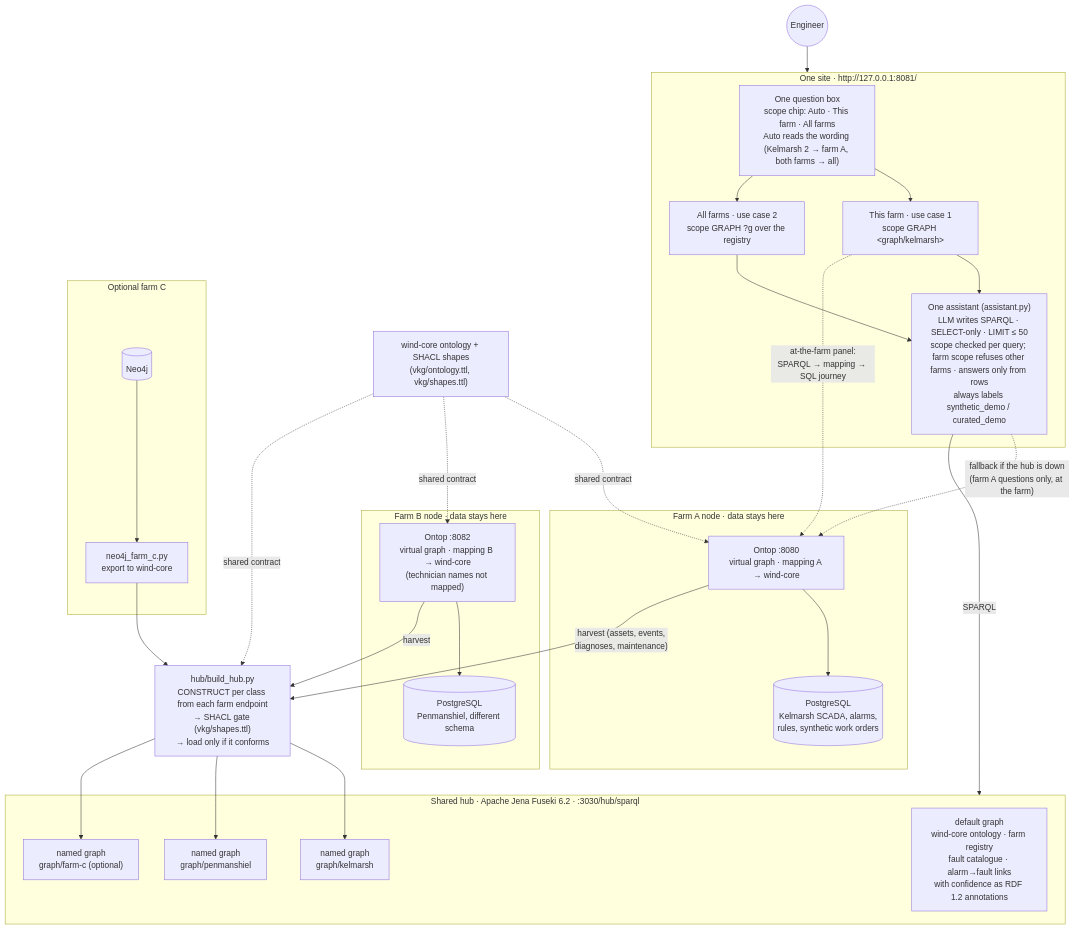
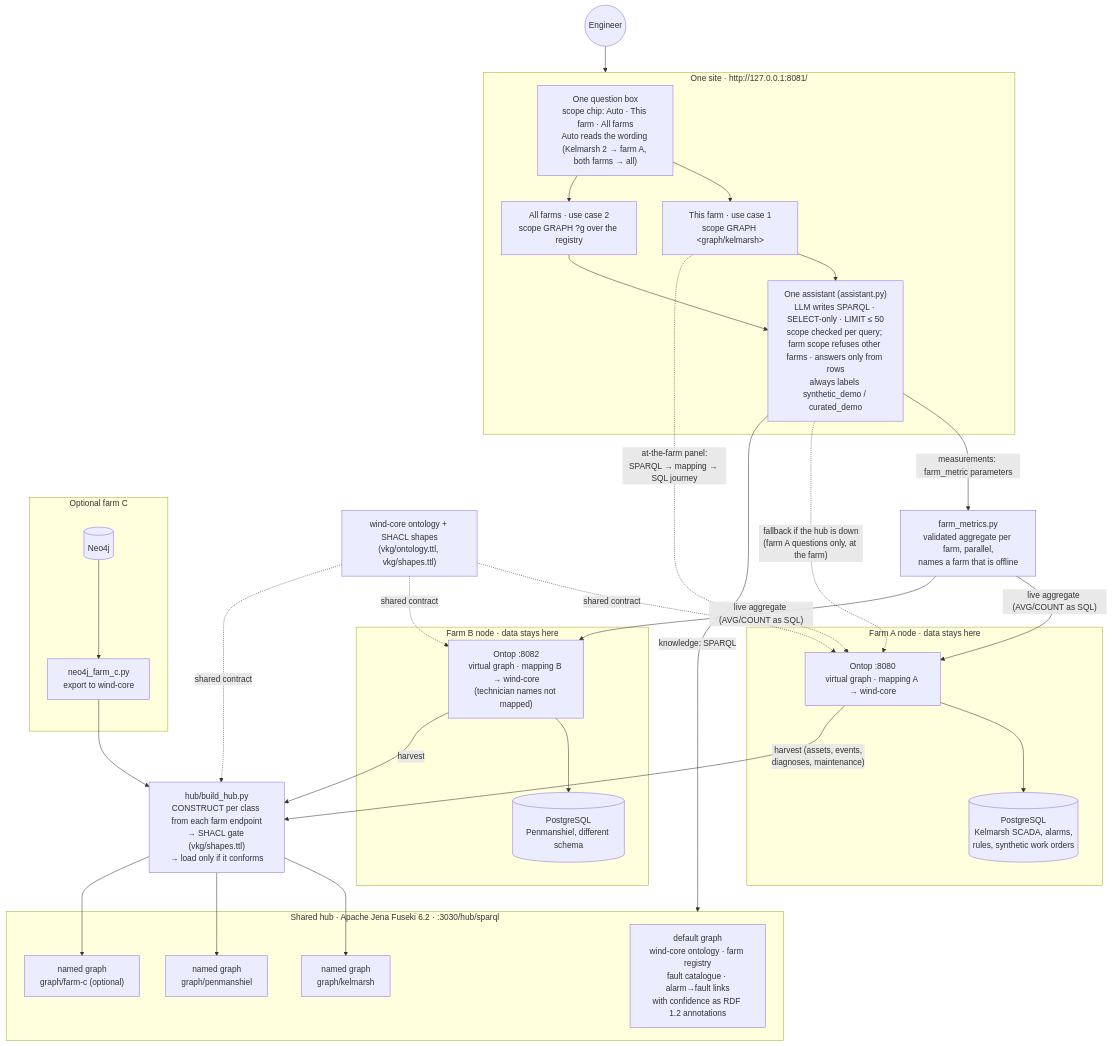
Before and after one commit to shashikiranbs2006/Knolwlege-Graph-Windmill: the diagram in docs/architecture.mmd, drawn with Mermaid. The commit also changed 10 other files, not shown here.

First line of the commit message:
Add live farm_metric tool: LLM routes measurement questions to per-farm aggregates

```diff
--- a/docs/architecture.mmd
+++ b/docs/architecture.mmd
@@ -1,41 +1,43 @@
 flowchart TB
   USER(("Engineer"))
   subgraph SITE["One site · http://127.0.0.1:8081/"]
     Q["One question box<br/>scope chip: Auto · This farm · All farms<br/>Auto reads the wording (Kelmarsh 2 → farm A, both farms → all)"]
     T1["This farm · use case 1<br/>scope GRAPH &lt;graph/kelmarsh&gt;"]
     T2["All farms · use case 2<br/>scope GRAPH ?g over the registry"]
     Q --> T1
     Q --> T2
     LLM["One assistant (assistant.py)<br/>LLM writes SPARQL · SELECT-only · LIMIT ≤ 50<br/>scope checked per query; farm scope refuses other farms · answers only from rows<br/>always labels synthetic_demo / curated_demo"]
     T1 --> LLM
     T2 --> LLM
   end
   subgraph HUB["Shared hub · Apache Jena Fuseki 6.2 · :3030/hub/sparql"]
     DG["default graph<br/>wind-core ontology · farm registry<br/>fault catalogue · alarm→fault links<br/>with confidence as RDF 1.2 annotations"]
     GA["named graph<br/>graph/kelmarsh"]
     GB["named graph<br/>graph/penmanshiel"]
     GC["named graph<br/>graph/farm-c (optional)"]
   end
   BUILD["hub/build_hub.py<br/>CONSTRUCT per class from each farm endpoint<br/>→ SHACL gate (vkg/shapes.ttl)<br/>→ load only if it conforms"]
   subgraph FA["Farm A node · data stays here"]
     OA["Ontop :8080<br/>virtual graph · mapping A → wind-core"]
     DA[("PostgreSQL<br/>Kelmarsh SCADA, alarms,<br/>rules, synthetic work orders")]
     OA --> DA
   end
   subgraph FB["Farm B node · data stays here"]
     OB["Ontop :8082<br/>virtual graph · mapping B → wind-core<br/>(technician names not mapped)"]
     DBB[("PostgreSQL<br/>Penmanshiel, different schema")]
     OB --> DBB
   end
   subgraph FC["Optional farm C"]
     NEO[("Neo4j")] --> EXP["neo4j_farm_c.py<br/>export to wind-core"]
   end
   USER --> SITE
-  LLM -- "SPARQL" --> HUB
+  LLM -- "knowledge: SPARQL" --> HUB
+  LLM -- "measurements: farm_metric parameters" --> FM["farm_metrics.py<br/>validated aggregate per farm, parallel,<br/>names a farm that is offline"]
+  FM -- "live aggregate (AVG/COUNT as SQL)" --> OA & OB
   LLM -. "fallback if the hub is down<br/>(farm A questions only, at the farm)" .-> OA
   T1 -. "at-the-farm panel:<br/>SPARQL → mapping → SQL journey" .-> OA
   OA -- "harvest (assets, events,<br/>diagnoses, maintenance)" --> BUILD
   OB -- "harvest" --> BUILD
   EXP --> BUILD
   BUILD --> GA & GB & GC
   SHAPES["wind-core ontology + SHACL shapes<br/>(vkg/ontology.ttl, vkg/shapes.ttl)"] -. "shared contract" .-> OA & OB & BUILD
```
